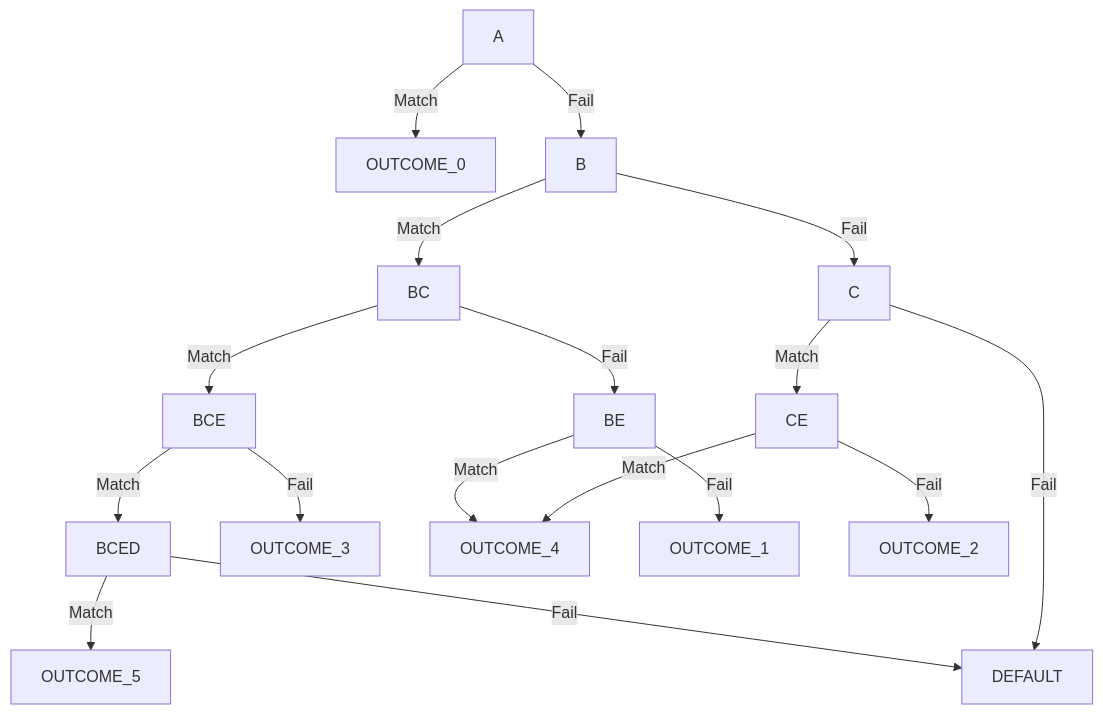
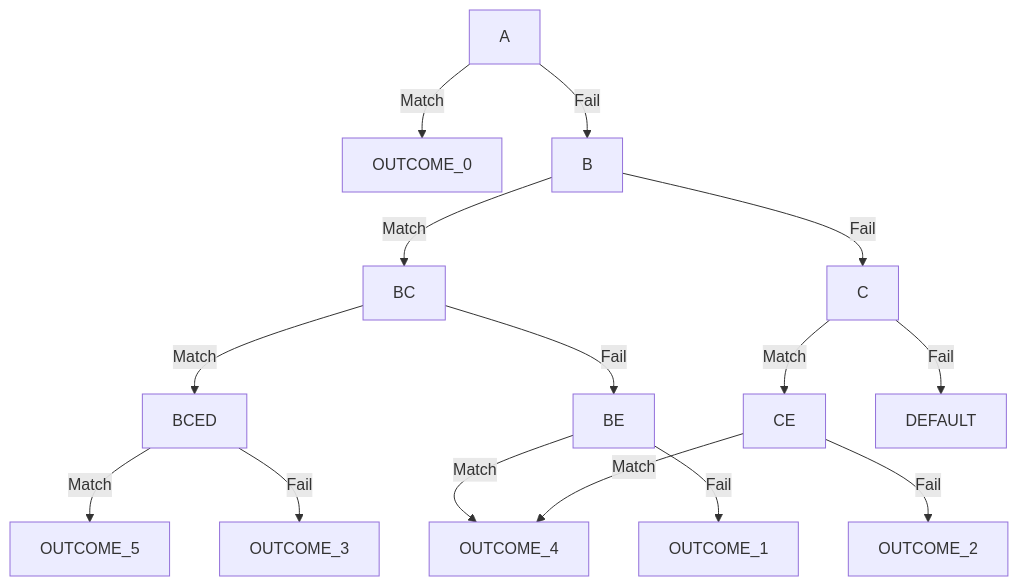
The first of 2 diagrams in README.md (GangemiLorenzo/Goak), drawn with Mermaid before and after one commit. The commit also changed other lines of this file, not shown here.

````diff
--- a/README.md
+++ b/README.md
@@ -134,19 +146,17 @@
 ```mermaid
 graph TD
-  A-->|Match|OUTCOME_0;
-  A-->|Fail|B;
-  B-->|Match|BC;
-  BC-->|Match|BCE;
-  BCE-->|Match|BCED;
-  BCED-->|Match|OUTCOME_5;
-  BCED-->|Fail|DEFAULT;
-  BCE-->|Fail|OUTCOME_3;
-  BC-->|Fail|BE;
-  BE-->|Match|OUTCOME_4;
-  BE-->|Fail|OUTCOME_1;
-  B-->|Fail|C;
-  C-->|Match|CE;
-  CE-->|Match|OUTCOME_4;
-  CE-->|Fail|OUTCOME_2;
-  C-->|Fail|DEFAULT;
+    A-->|Match|OUTCOME_0;
+    A-->|Fail|B;
+    B-->|Match|BC;
+    BC-->|Match|BCED;
+    BCED-->|Match|OUTCOME_5;
+    BCED-->|Fail|OUTCOME_3;
+    BC-->|Fail|BE;
+    BE-->|Match|OUTCOME_4;
+    BE-->|Fail|OUTCOME_1;
+    B-->|Fail|C;
+    C-->|Match|CE;
+    CE-->|Match|OUTCOME_4;
+    CE-->|Fail|OUTCOME_2;
+    C-->|Fail|DEFAULT;
 ```
````
